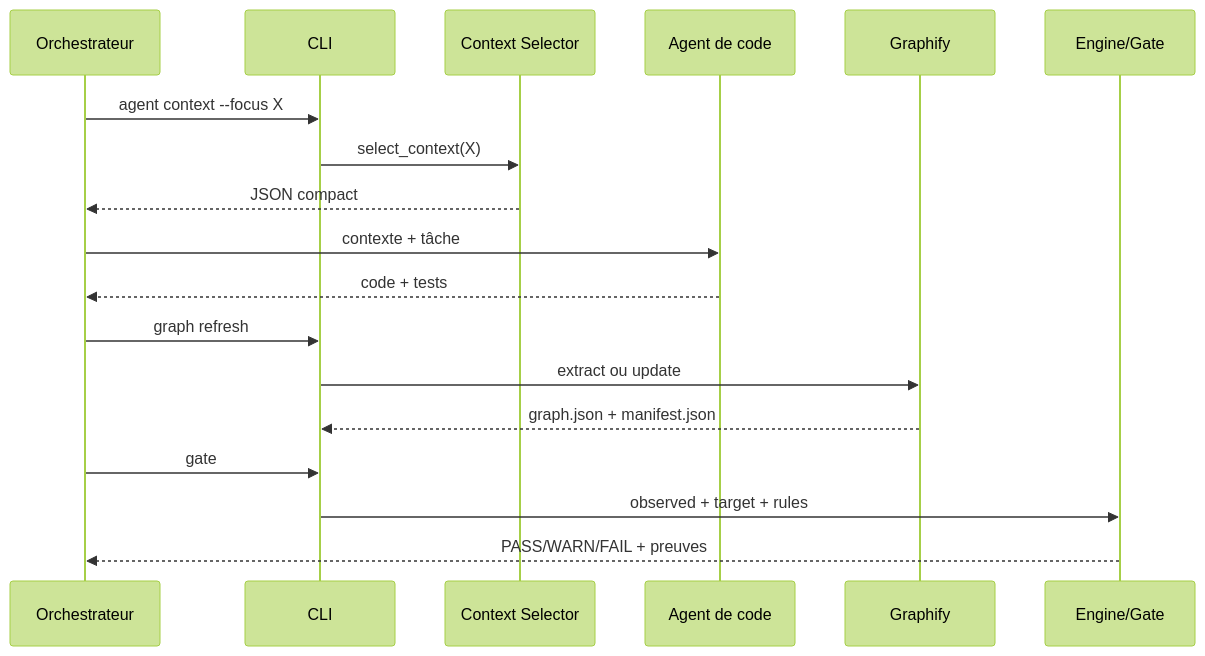
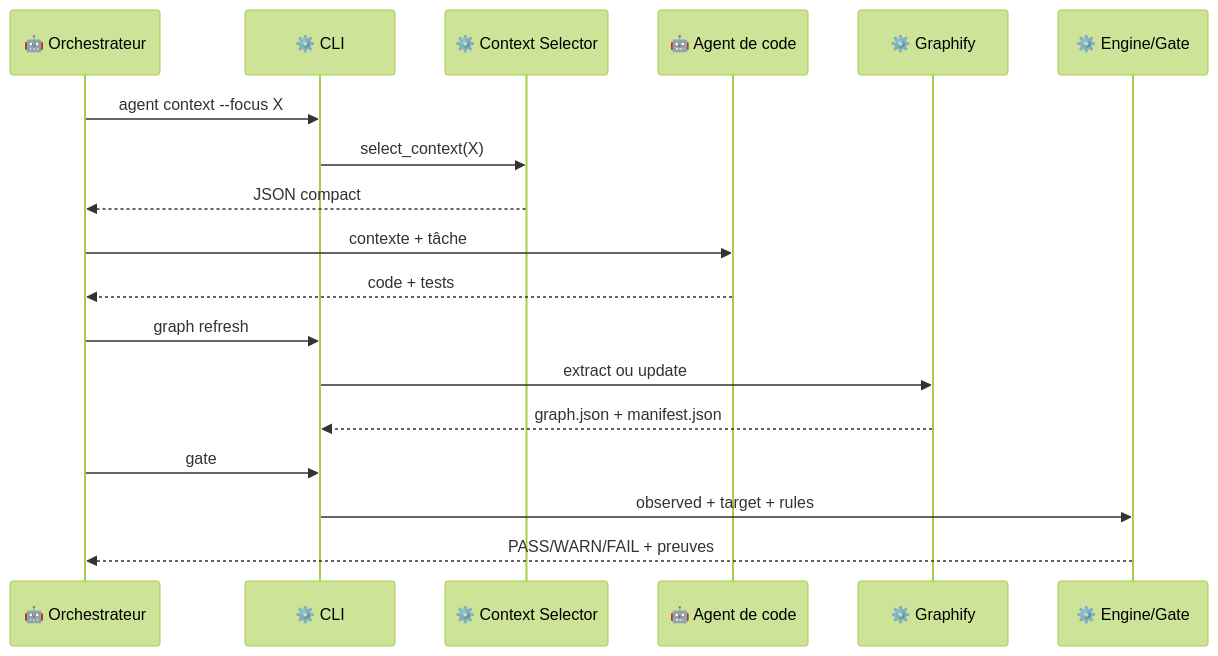
One commit to Jeandavidnelson/Harness changed the fifth of 5 diagrams in documentation/DOCUMENTATION_TECHNIQUE.md. Above: the diagram before and after it, drawn with Mermaid (forest theme). The commit also changed other lines of this file and 7 other files, not shown here.

````diff
--- a/documentation/DOCUMENTATION_TECHNIQUE.md
+++ b/documentation/DOCUMENTATION_TECHNIQUE.md
@@ -363,20 +395,20 @@
 ```mermaid
 sequenceDiagram
-    participant O as Orchestrateur
-    participant CLI as CLI
-    participant CS as Context Selector
-    participant DEV as Agent de code
-    participant GF as Graphify
-    participant E as Engine/Gate
+    participant O as 🤖 Orchestrateur
+    participant CLI as ⚙️ CLI
+    participant CS as ⚙️ Context Selector
+    participant DEV as 🤖 Agent de code
+    participant GF as ⚙️ Graphify
+    participant E as ⚙️ Engine/Gate
     O->>CLI: agent context --focus X
     CLI->>CS: select_context(X)
     CS-->>O: JSON compact
     O->>DEV: contexte + tâche
     DEV-->>O: code + tests
     O->>CLI: graph refresh
     CLI->>GF: extract ou update
     GF-->>CLI: graph.json + manifest.json
     O->>CLI: gate
     CLI->>E: observed + target + rules
     E-->>O: PASS/WARN/FAIL + preuves
 ```
````
